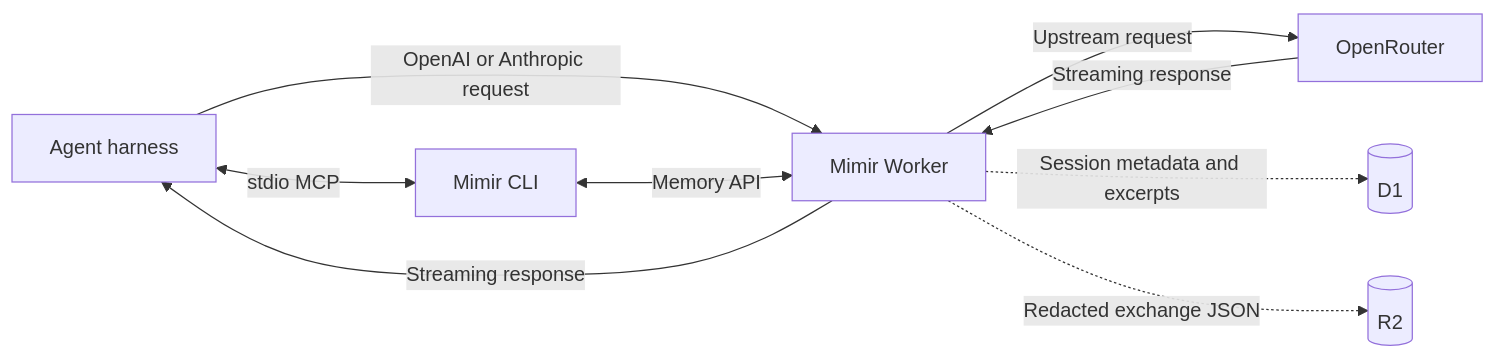
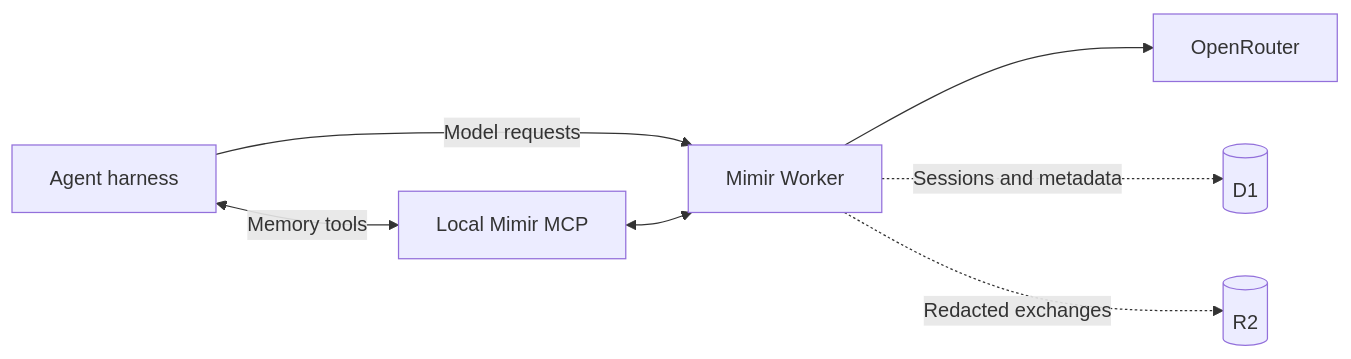
One commit to cloudboy-jh/Mimir changed the diagram in README.md. Above: the diagram before and after it, drawn with Mermaid. The commit also changed other lines of this file, not shown here.

````diff
--- a/README.md
+++ b/README.md
@@ -175,11 +29,9 @@
 ```mermaid
 flowchart LR
-    H[Agent harness] -->|OpenAI or Anthropic request| W[Mimir Worker]
-    W -->|Upstream request| O[OpenRouter]
-    O -->|Streaming response| W
-    W -->|Streaming response| H
-    W -.->|Session metadata and excerpts| D[(D1)]
-    W -.->|Redacted exchange JSON| R[(R2)]
-    H <-->|stdio MCP| C[Mimir CLI]
-    C <-->|Memory API| W
+    H[Agent harness] -->|Model requests| W[Mimir Worker]
+    W --> O[OpenRouter]
+    W -.->|Sessions and metadata| D[(D1)]
+    W -.->|Redacted exchanges| R[(R2)]
+    H <-->|Memory tools| M[Local Mimir MCP]
+    M <--> W
 ```
````
